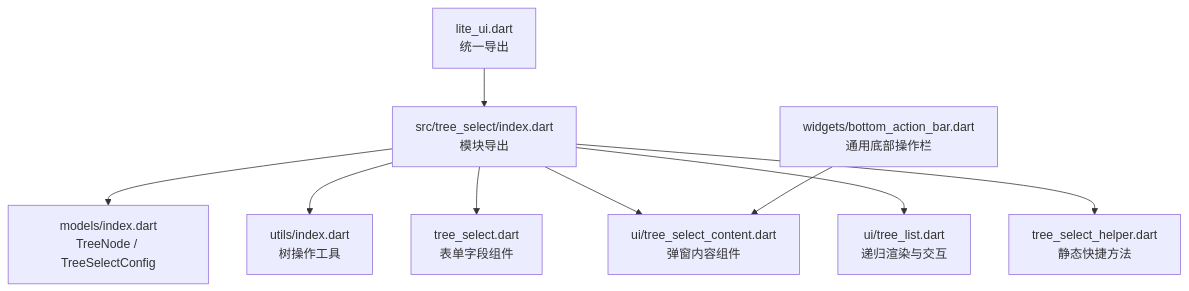
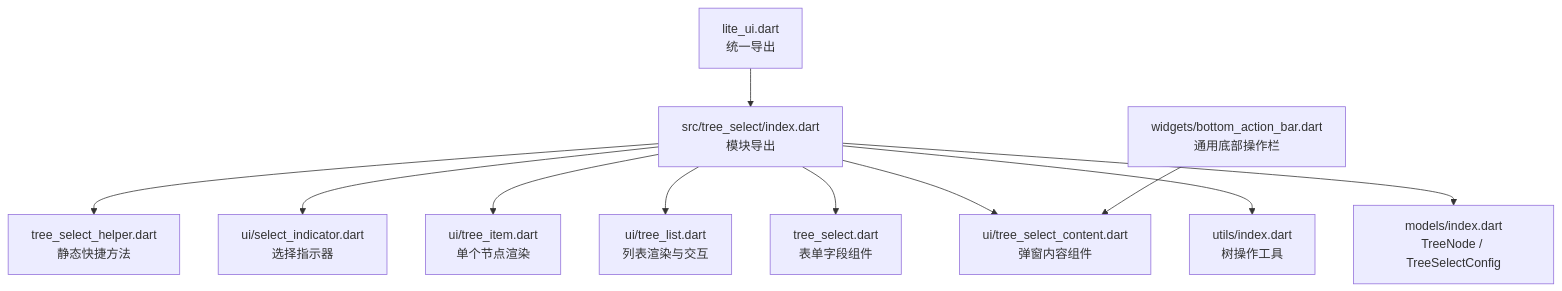
Before and after one commit to yuzhido/lite-ui: the first of 5 diagrams in .qoder/repowiki/zh/content/高级组件/树形选择器.md, drawn with Mermaid. The commit also changed other lines of this file and 35 other files, not shown here.

````diff
--- a/.qoder/repowiki/zh/content/高级组件/树形选择器.md
+++ b/.qoder/repowiki/zh/content/高级组件/树形选择器.md
@@ -46,11 +49,13 @@
 ```mermaid
 graph TB
 A["lite_ui.dart<br/>统一导出"] --> B["src/tree_select/index.dart<br/>模块导出"]
 B --> C["models/index.dart<br/>TreeNode / TreeSelectConfig"]
 B --> D["utils/index.dart<br/>树操作工具"]
 B --> E["tree_select.dart<br/>表单字段组件"]
 B --> F["ui/tree_select_content.dart<br/>弹窗内容组件"]
-B --> G["ui/tree_list.dart<br/>递归渲染与交互"]
-B --> H["tree_select_helper.dart<br/>静态快捷方法"]
-I["widgets/bottom_action_bar.dart<br/>通用底部操作栏"] --> F
+B --> G["ui/tree_list.dart<br/>列表渲染与交互"]
+B --> H["ui/tree_item.dart<br/>单个节点渲染"]
+B --> I["ui/select_indicator.dart<br/>选择指示器"]
+B --> J["tree_select_helper.dart<br/>静态快捷方法"]
+K["widgets/bottom_action_bar.dart<br/>通用底部操作栏"] --> F
 ```
````
